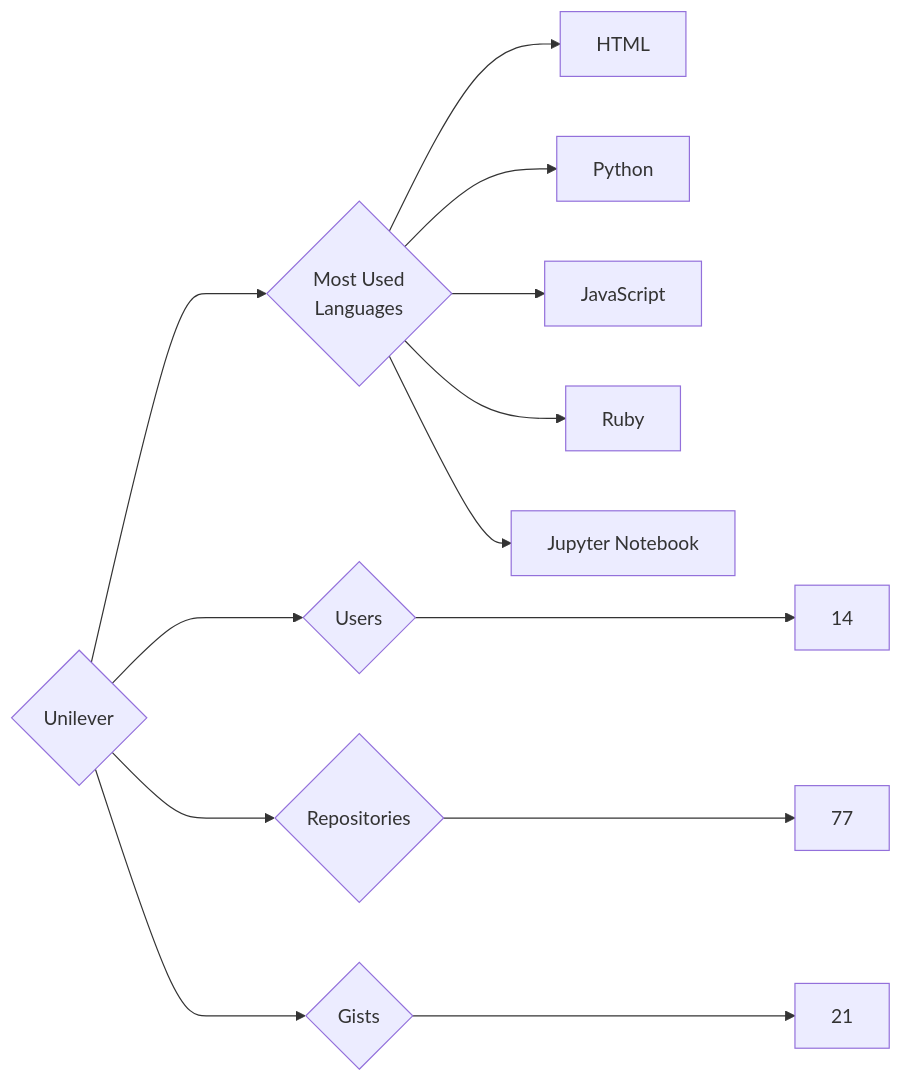
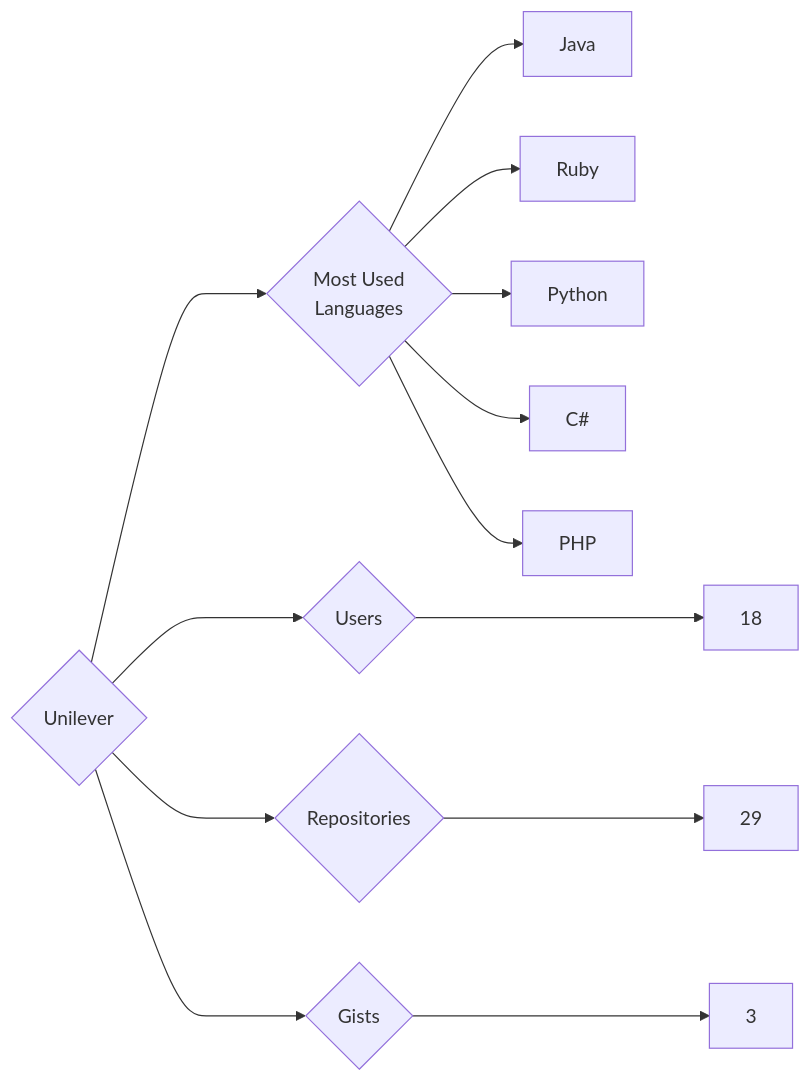
One commit to trickest/insiders changed the diagram in targets/Unilever/README.md. Above: the diagram before and after it, drawn with Mermaid. The commit also changed 886 other files, not shown here.

````diff
--- a/targets/Unilever/README.md
+++ b/targets/Unilever/README.md
@@ -3,13 +3,13 @@
 ```mermaid
 graph LR
 COMPANY_NAME{Unilever}
-COMPANY_NAME ---> U{Users} ---> UN[14]
-COMPANY_NAME ---> R{Repositories} ---> RN[77]
-COMPANY_NAME ---> G{Gists} ---> GN[21]
+COMPANY_NAME ---> U{Users} ---> UN[18]
+COMPANY_NAME ---> R{Repositories} ---> RN[29]
+COMPANY_NAME ---> G{Gists} ---> GN[3]
 COMPANY_NAME ---> ML{Most Used<br>Languages}
-ML --> HTML[HTML]
+ML --> Java[Java]
+ML --> Ruby[Ruby]
 ML --> Python[Python]
-ML --> JavaScript[JavaScript]
-ML --> Ruby[Ruby]
-ML --> Jupyter_Notebook[Jupyter Notebook]
+ML --> C#[C#]
+ML --> PHP[PHP]
 ```
````
